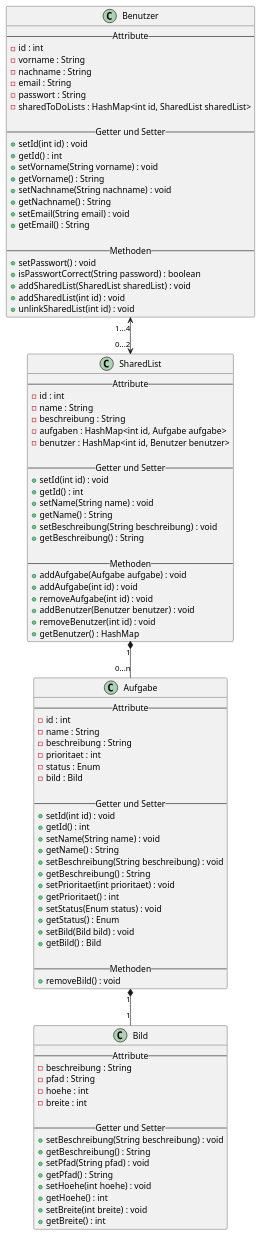
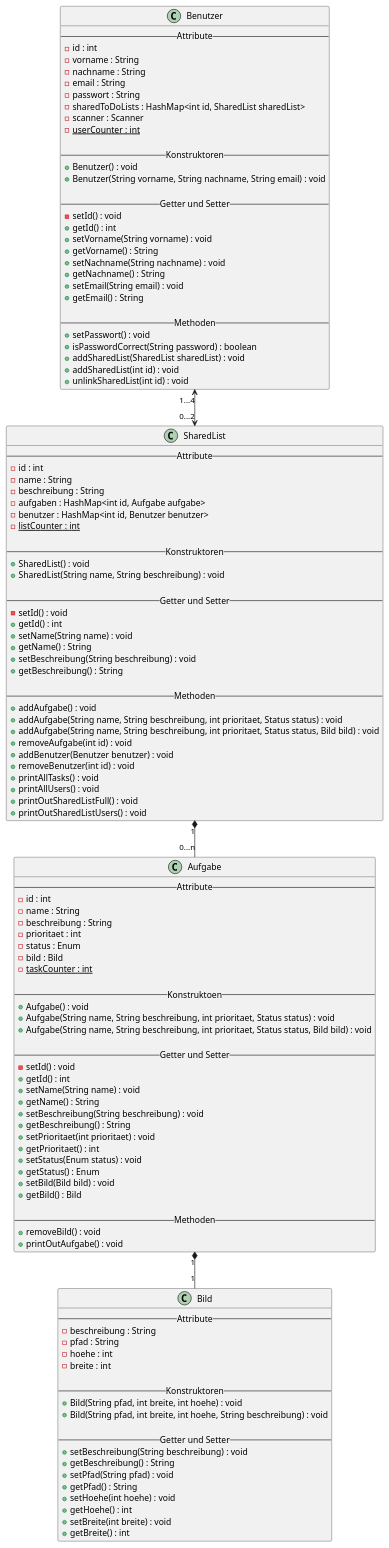
One commit to bztfinformatik/lerndokumentation-Severinboegli changed the diagram in docs/00_Coding_Aufgaben/todo/klassendiagramm.puml. Above: the diagram before and after it, drawn with PlantUML. The commit also changed 22 other files, not shown here.

```diff
--- a/docs/00_Coding_Aufgaben/todo/klassendiagramm.puml
+++ b/docs/00_Coding_Aufgaben/todo/klassendiagramm.puml
@@ -1,103 +1,129 @@
 @startuml
 
 class Benutzer {
     -- Attribute --
     - id : int
     - vorname : String
     - nachname : String
     - email : String
     - passwort : String
     - sharedToDoLists : HashMap<int id, SharedList sharedList>
+    - scanner : Scanner
+    - {static} userCounter : int
+
+    -- Konstruktoren --
+    + Benutzer() : void
+    + Benutzer(String vorname, String nachname, String email) : void
 
     -- Getter und Setter --
-    + setId(int id) : void
+    - setId() : void
     + getId() : int
     + setVorname(String vorname) : void
     + getVorname() : String
     + setNachname(String nachname) : void
     + getNachname() : String
     + setEmail(String email) : void
     + getEmail() : String
     
     -- Methoden --
     + setPasswort() : void
-    + isPasswortCorrect(String password) : boolean
+    + isPasswordCorrect(String password) : boolean
     + addSharedList(SharedList sharedList) : void
     + addSharedList(int id) : void
     + unlinkSharedList(int id) : void
 }
 
 class SharedList {
     -- Attribute --
     - id : int
     - name : String
     - beschreibung : String
     - aufgaben : HashMap<int id, Aufgabe aufgabe>
     - benutzer : HashMap<int id, Benutzer benutzer>
+    -{static} listCounter : int
+
+    -- Konstruktoren --
+    + SharedList() : void
+    + SharedList(String name, String beschreibung) : void
 
     -- Getter und Setter --
-    + setId(int id) : void
+    - setId() : void
     + getId() : int
     + setName(String name) : void
     + getName() : String
     + setBeschreibung(String beschreibung) : void
     + getBeschreibung() : String
 
     -- Methoden --
-    + addAufgabe(Aufgabe aufgabe) : void
-    + addAufgabe(int id) : void
+    + addAufgabe() : void
+    + addAufgabe(String name, String beschreibung, int prioritaet, Status status) : void
+    + addAufgabe(String name, String beschreibung, int prioritaet, Status status, Bild bild) : void
     + removeAufgabe(int id) : void
     + addBenutzer(Benutzer benutzer) : void
     + removeBenutzer(int id) : void
-    + getBenutzer() : HashMap
+    + printAllTasks() : void
+    + printAllUsers() : void
+    + printOutSharedListFull() : void
+    + printOutSharedListUsers() : void
 }
 
 class Aufgabe {
     -- Attribute --
     - id : int
     - name : String
     - beschreibung : String
     - prioritaet : int
     - status : Enum
     - bild : Bild
+    -{static} taskCounter : int
+
+    -- Konstruktoen --
+    + Aufgabe() : void
+    + Aufgabe(String name, String beschreibung, int prioritaet, Status status) : void
+    + Aufgabe(String name, String beschreibung, int prioritaet, Status status, Bild bild) : void
 
     -- Getter und Setter --
-    + setId(int id) : void
+    - setId() : void
     + getId() : int
     + setName(String name) : void
     + getName() : String
     + setBeschreibung(String beschreibung) : void
     + getBeschreibung() : String
     + setPrioritaet(int prioritaet) : void
     + getPrioritaet() : int
     + setStatus(Enum status) : void
     + getStatus() : Enum
     + setBild(Bild bild) : void
     + getBild() : Bild
 
     -- Methoden --
     + removeBild() : void
+    + printOutAufgabe() : void
 }
 
 class Bild {
     -- Attribute --
     - beschreibung : String
     - pfad : String
     - hoehe : int
     - breite : int
+
+    -- Konstruktoren --
+    + Bild(String pfad, int breite, int hoehe) : void
+    + Bild(String pfad, int breite, int hoehe, String beschreibung) : void
 
     -- Getter und Setter --
     + setBeschreibung(String beschreibung) : void
     + getBeschreibung() : String
     + setPfad(String pfad) : void
     + getPfad() : String
     + setHoehe(int hoehe) : void
     + getHoehe() : int
     + setBreite(int breite) : void
     + getBreite() : int
 }
 Benutzer "1...4" <--> "0...2" SharedList
 SharedList "1" *-- "0...n" Aufgabe
 Aufgabe "1" *-- "1" Bild
 
 @enduml
```
